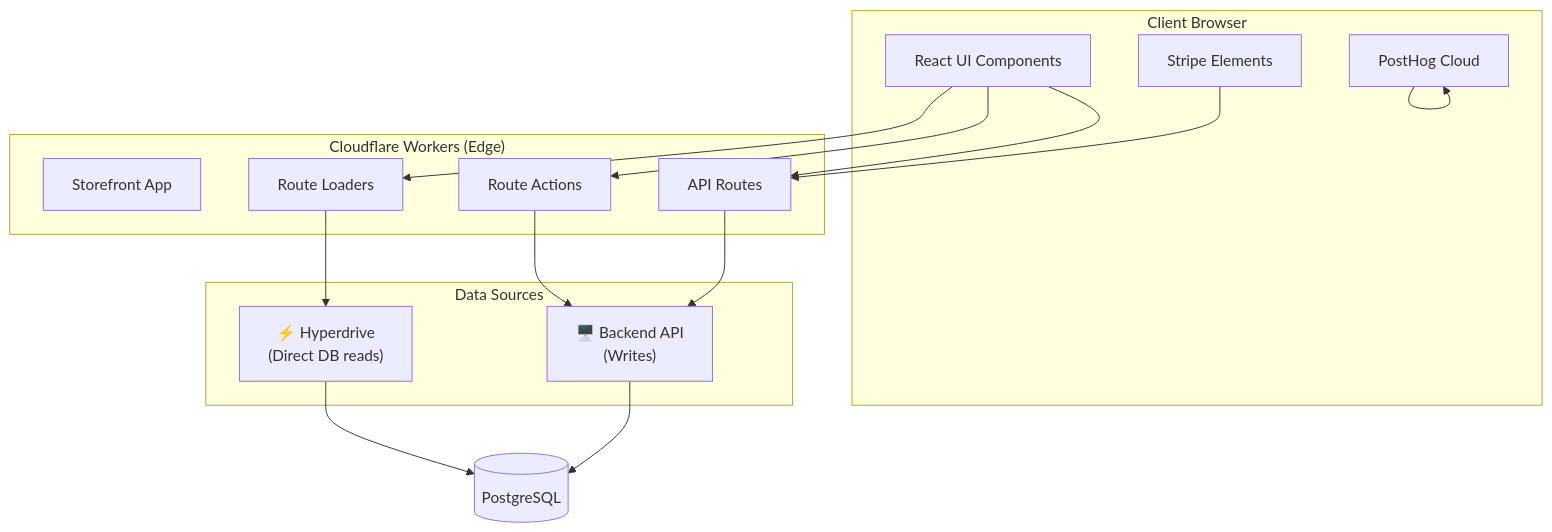
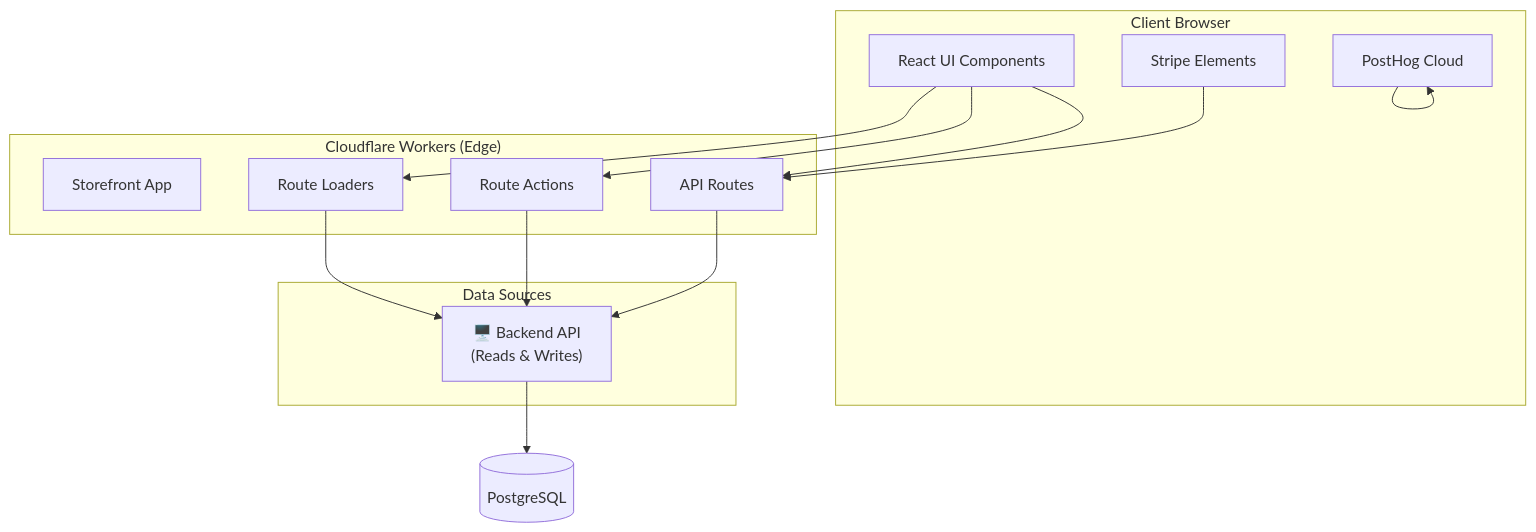
Before and after one commit to builderbuilds123/gracestowel: the first of 2 diagrams in docs/architecture/storefront.md, drawn with Mermaid. The commit also changed other lines of this file and 38 other files, not shown here.

````diff
--- a/docs/architecture/storefront.md
+++ b/docs/architecture/storefront.md
@@ -8,31 +8,29 @@
 ```mermaid
 flowchart TB
     subgraph "Client Browser"
         UI["React UI Components"]
         Stripe["Stripe Elements"]
         PostHog["PostHog SDK"]
     end
 
     subgraph "Cloudflare Workers (Edge)"
         SF["Storefront App"]
         Loader["Route Loaders"]
         Actions["Route Actions"]
         API["API Routes"]
     end
 
     subgraph "Data Sources"
-        HD["⚡ Hyperdrive<br/>(Direct DB reads)"]
-        BE["🖥️ Backend API<br/>(Writes)"]
+        BE["🖥️ Backend API<br/>(Reads & Writes)"]
     end
 
     UI --> Loader
     UI --> Actions
     UI --> API
     Stripe --> API
     PostHog --> PostHog["PostHog Cloud"]
-    Loader --> HD
+    Loader --> BE
     Actions --> BE
     API --> BE
-    HD --> PG[("PostgreSQL")]
-    BE --> PG
+    BE --> PG[("PostgreSQL")]
 ```
````
